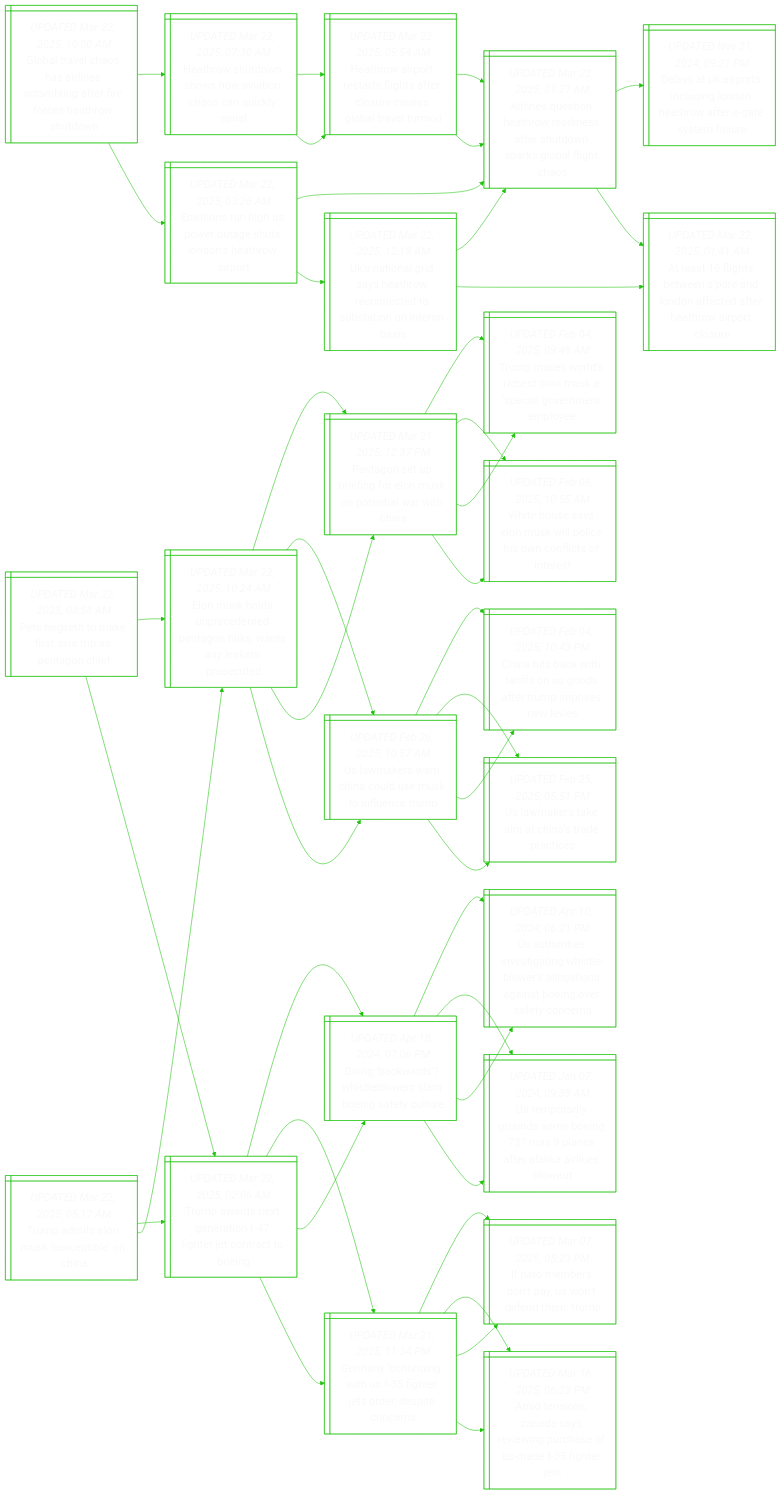
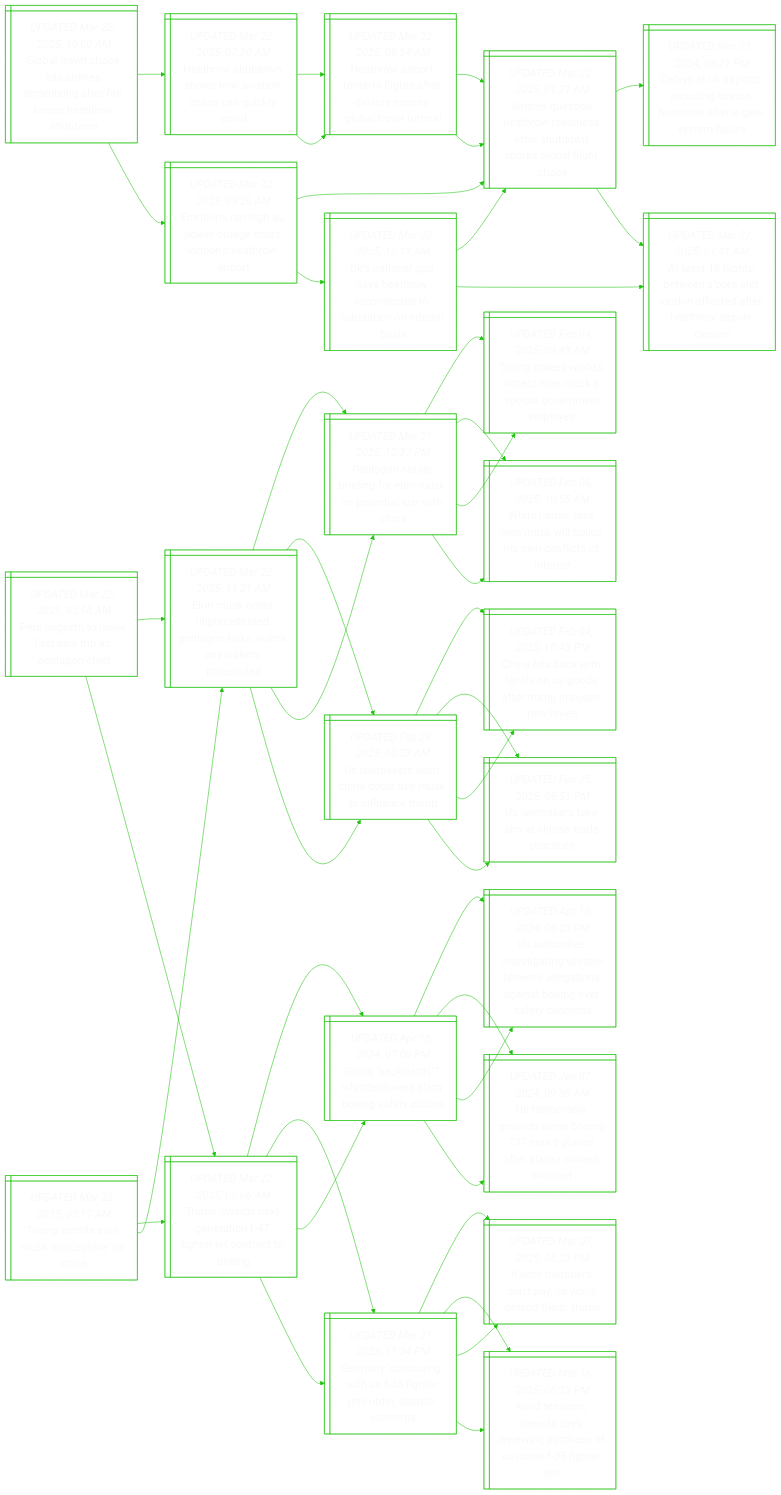
Before and after one commit to notJmes/notJmes: the diagram in README.md, drawn with Mermaid. The commit also changed other lines of this file, not shown here.

```diff
--- a/README.md
+++ b/README.md
@@ -58,7 +58,7 @@
 
 Pehksaatc@{ shape: win-pane, label: "_UPDATED Mar 22, 2025, 03:58 AM_
 Pete hegseth to make first asia trip as pentagon chief" }
-Eulpddaaankru@{ shape: win-pane, label: "_UPDATED Mar 22, 2025, 10:24 AM_
+Eulpddaaankru@{ shape: win-pane, label: "_UPDATED Mar 22, 2025, 11:21 AM_
 Elon musk holds unprecedented pentagon talks, wants any leakers prosecuted" }
 PgtiglsoirC@{ shape: win-pane, label: "_UPDATED Mar 21, 2025, 12:37 PM_
 Pentagon set up briefing for elon musk on potential war with china" }
@@ -118,7 +118,7 @@
 If nato members don’t pay, us won’t defend them: trump" }
 Aenayighfdgj@{ shape: win-pane, label: "_UPDATED Mar 16, 2025, 06:23 PM_
 Amid tensions, canada says reviewing purchase of us-made f-35 fighter jets" }
-Eulpddaaankru@{ shape: win-pane, label: "_UPDATED Mar 22, 2025, 10:24 AM_
+Eulpddaaankru@{ shape: win-pane, label: "_UPDATED Mar 22, 2025, 11:21 AM_
 Elon musk holds unprecedented pentagon talks, wants any leakers prosecuted" }
 PgtiglsoirC@{ shape: win-pane, label: "_UPDATED Mar 21, 2025, 12:37 PM_
 Pentagon set up briefing for elon musk on potential war with china" }
```
